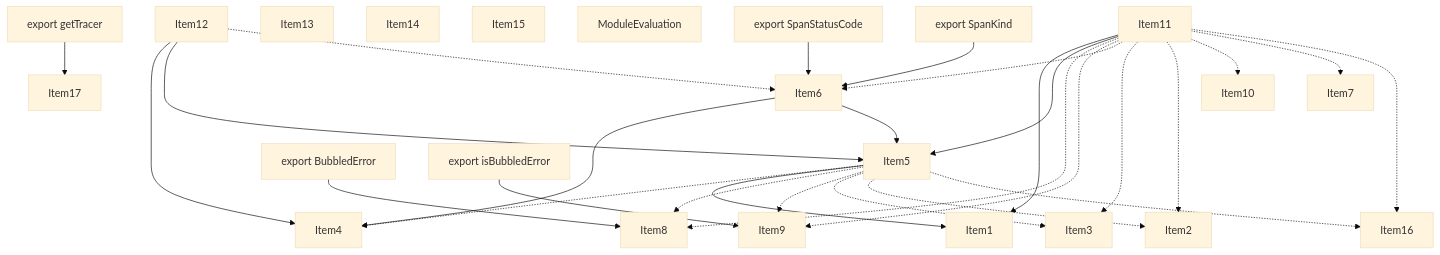
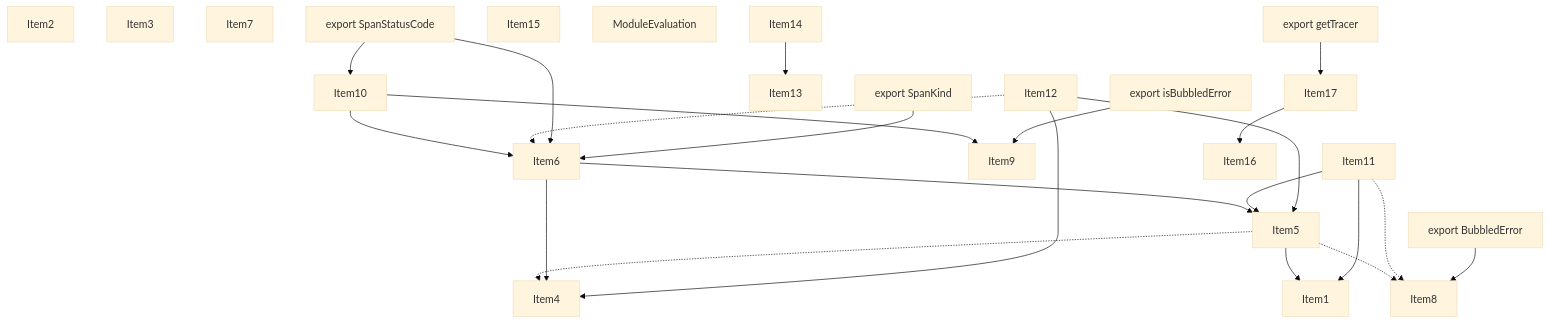
One commit to vercel/turborepo changed the second of 5 diagrams in crates/turbopack-ecmascript/tests/tree-shaker/analyzer/nextjs-tracer/output.md. Above: the diagram before and after it, drawn with Mermaid (base theme). The commit also changed other lines of this file and 3 other files, not shown here.

````diff
--- a/crates/turbopack-ecmascript/tests/tree-shaker/analyzer/nextjs-tracer/output.md
+++ b/crates/turbopack-ecmascript/tests/tree-shaker/analyzer/nextjs-tracer/output.md
@@ -401,59 +399,53 @@
 ```mermaid
 graph TD
     Item1;
     Item2;
     Item3;
     Item4;
     Item5;
     Item6;
     Item7;
     Item8;
     Item9;
     Item10;
     Item11;
     Item12;
     Item13;
     Item14;
     Item15;
     Item16;
     Item17;
     Item18;
     Item18["ModuleEvaluation"];
     Item19;
     Item19["export BubbledError"];
     Item20;
     Item20["export isBubbledError"];
     Item21;
     Item21["export getTracer"];
     Item22;
     Item22["export SpanStatusCode"];
     Item23;
     Item23["export SpanKind"];
     Item5 -.-> Item4;
     Item5 --> Item1;
     Item5 -.-> Item8;
-    Item5 -.-> Item9;
-    Item5 -.-> Item3;
-    Item5 -.-> Item2;
-    Item5 -.-> Item16;
     Item6 --> Item4;
     Item6 --> Item5;
+    Item10 --> Item9;
+    Item10 --> Item6;
     Item11 --> Item1;
     Item11 --> Item5;
     Item11 -.-> Item8;
-    Item11 -.-> Item9;
-    Item11 -.-> Item6;
-    Item11 -.-> Item3;
-    Item11 -.-> Item2;
-    Item11 -.-> Item10;
-    Item11 -.-> Item7;
-    Item11 -.-> Item16;
     Item12 --> Item4;
     Item12 --> Item5;
     Item12 -.-> Item6;
+    Item14 --> Item13;
+    Item17 --> Item16;
     Item19 --> Item8;
     Item20 --> Item9;
     Item21 --> Item17;
     Item22 --> Item6;
+    Item22 --> Item10;
     Item23 --> Item6;
 ```
````
